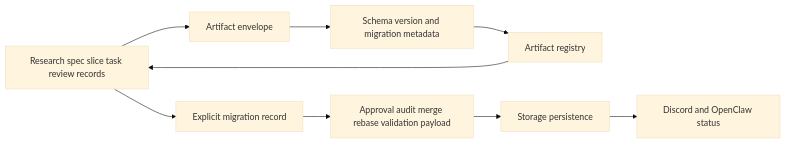
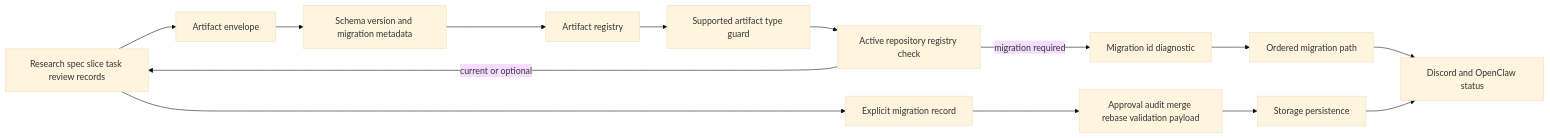
The diagram in packages/artifacts/README.md (VannaDii/ironloom), drawn with Mermaid (base theme) before and after one commit. The commit also changed other lines of this file and 71 other files, not shown here.

First line of the commit message:
feat: enforce supported artifact validation (#59)

````diff
--- a/packages/artifacts/README.md
+++ b/packages/artifacts/README.md
@@ -11,11 +13,16 @@
 ```mermaid
 flowchart LR
   Lifecycle[Lifecycle service] --> Envelope[Artifact envelope]
   Envelope --> Version[Schema version and migration metadata]
   Version --> Registry[Artifact registry]
-  Registry --> Lifecycle[Research spec slice task review records]
+  Registry --> Supported[Supported artifact type guard]
+  Supported --> Active[Active repository registry check]
+  Active -->|migration required| Hint[Migration id diagnostic]
+  Hint --> Path[Ordered migration path]
+  Active -->|current or optional| Lifecycle[Research spec slice task review records]
+  Path --> Operator[Discord and OpenClaw status]
   Lifecycle --> Migration[Explicit migration record]
   Migration --> Payload[Approval audit merge rebase validation payload]
   Payload --> Storage[Storage persistence]
   Storage --> Operator[Discord and OpenClaw status]
 ```
````
